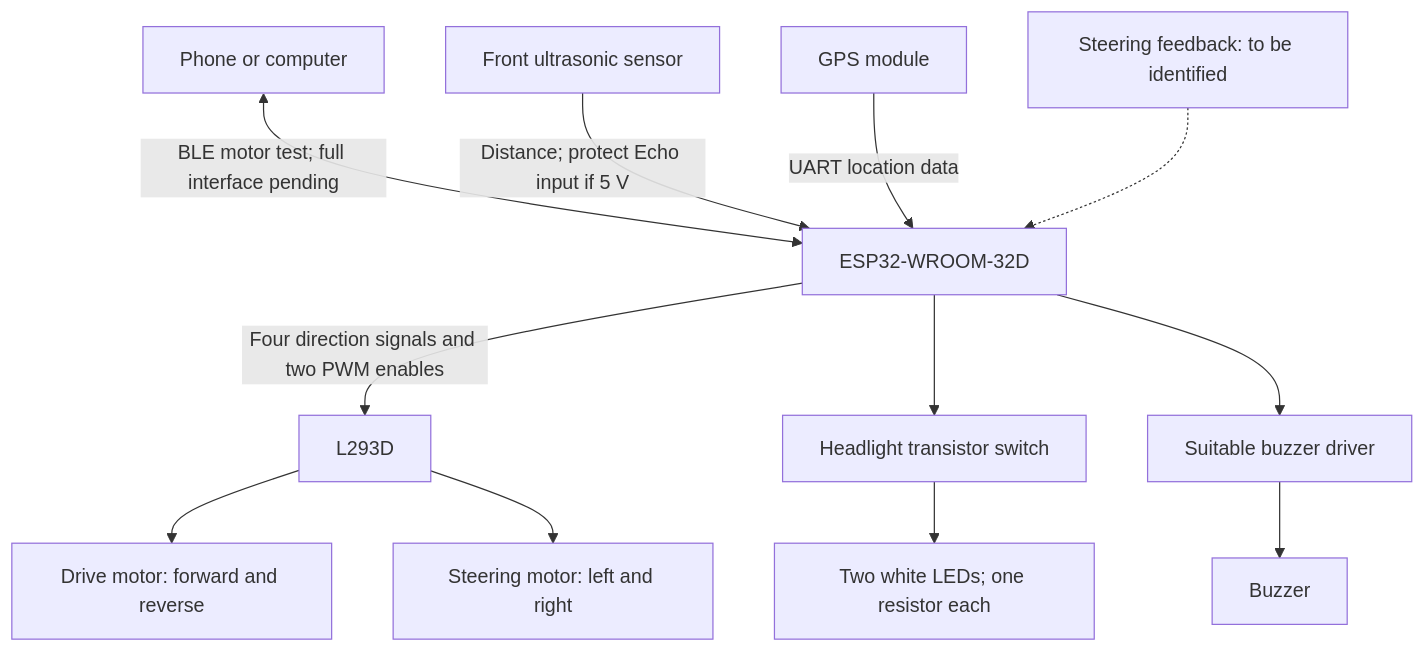
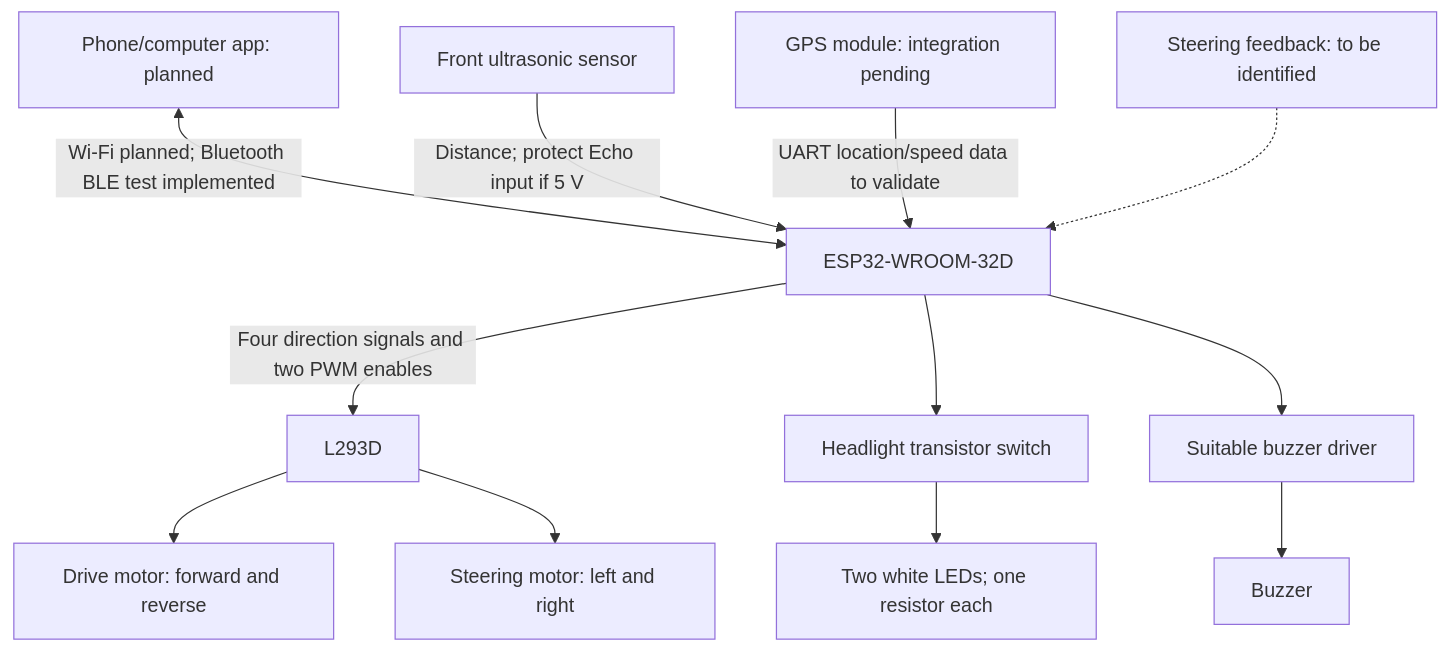
One commit to JS2028EE/Dual-Motor-V2 changed the first of 3 diagrams in diagrams/README.md. Above: the diagram before and after it, drawn with Mermaid. The commit also changed other lines of this file and 37 other files, not shown here.

Commit message:
Remove obsolete controller hardware and consolidate ESP32 vehicle app roadmap

````diff
--- a/diagrams/README.md
+++ b/diagrams/README.md
@@ -7,14 +10,14 @@
 ```mermaid
 flowchart TD
-    Client["Phone or computer"] <-->|BLE motor test; full interface pending| ESP["ESP32-WROOM-32D"]
+    Client["Phone/computer app: planned"] <-->|"Wi-Fi planned; Bluetooth BLE test implemented"| ESP["ESP32-WROOM-32D"]
     Ultra["Front ultrasonic sensor"] -->|"Distance; protect Echo input if 5 V"| ESP
-    GPS["GPS module"] -->|UART location data| ESP
+    GPS["GPS module: integration pending"] -->|"UART location/speed data to validate"| ESP
     Feedback["Steering feedback: to be identified"] -.-> ESP
     ESP -->|"Four direction signals and two PWM enables"| Driver["L293D"]
     Driver --> Drive["Drive motor: forward and reverse"]
     Driver --> Steer["Steering motor: left and right"]
     ESP --> LightSwitch["Headlight transistor switch"]
     LightSwitch --> Lights["Two white LEDs; one resistor each"]
     ESP --> BuzzerDriver["Suitable buzzer driver"]
     BuzzerDriver --> Buzzer["Buzzer"]
 ```
````
